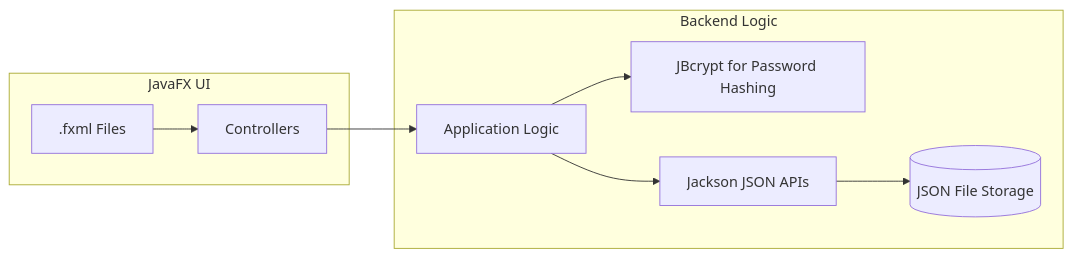
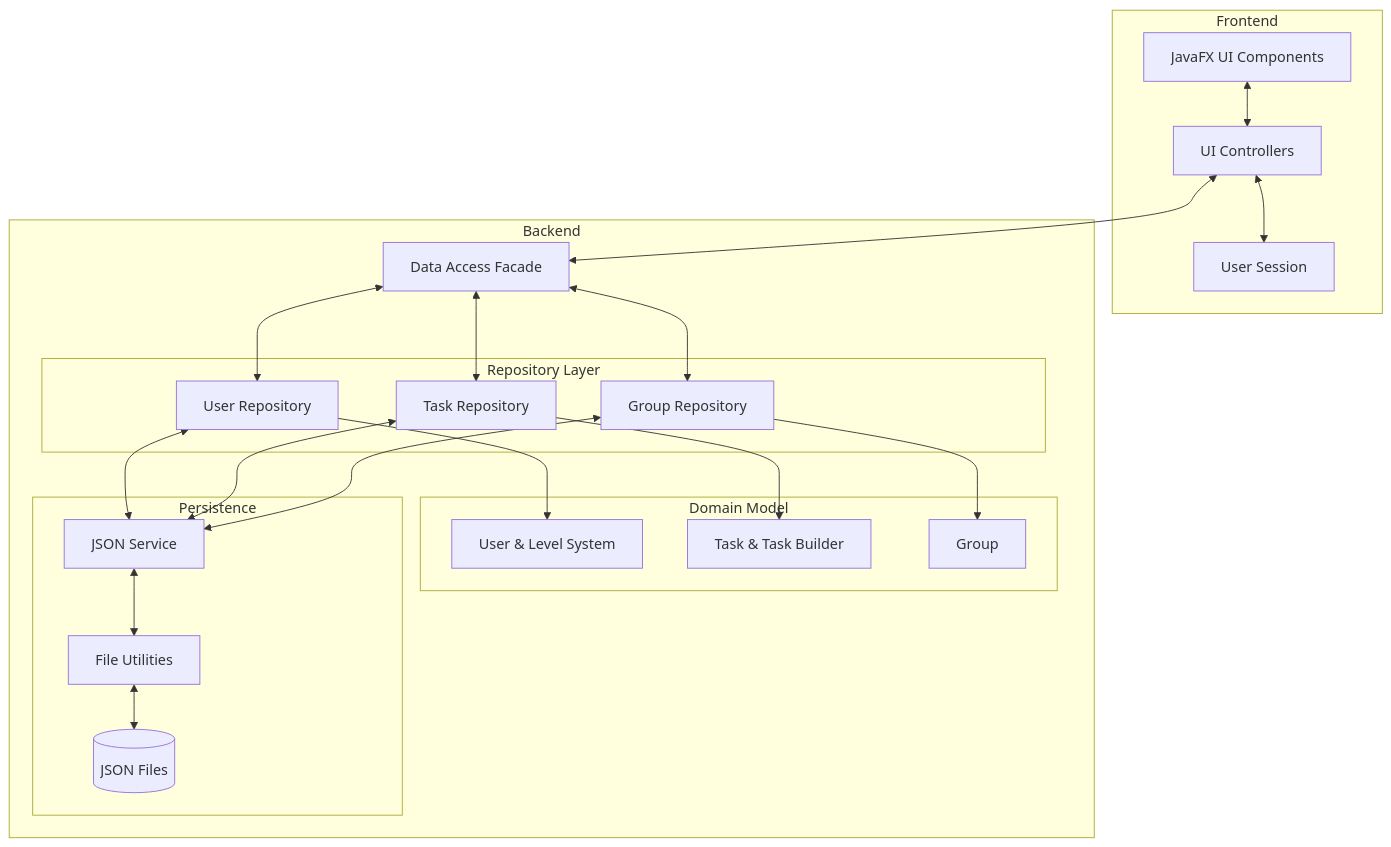
One commit to nheggoe/tiedy changed the diagram in README.md. Above: the diagram before and after it, drawn with Mermaid. The commit also changed other lines of this file, not shown here.

Commit message:
docs(readme): update architecture diagram and refine instructions

````diff
--- a/README.md
+++ b/README.md
@@ -9,20 +9,41 @@
 ```mermaid
-flowchart LR
-    subgraph JavaFX UI
-        FXMLViews[.fxml Files]
-        Controllers[Controllers]
+flowchart TB
+    subgraph Frontend
+        UI[JavaFX UI Components]
+        Controllers[UI Controllers]
+        Session[User Session]
     end
 
-    subgraph Backend Logic
-        Service[Application Logic]
-        JBCrypt[JBcrypt for Password Hashing]
-        Jackson[Jackson JSON APIs]
-        JSONFiles[(JSON File Storage)]
+    subgraph Backend
+        Facade[Data Access Facade]
+
+        subgraph "Repository Layer"
+            UserRepo[User Repository]
+            TaskRepo[Task Repository]
+            GroupRepo[Group Repository]
+        end
+
+        subgraph "Domain Model"
+            User[User & Level System]
+            Task[Task & Task Builder]
+            Group[Group]
+        end
+
+        subgraph "Persistence"
+            JsonService[JSON Service]
+            FileUtil[File Utilities]
+            Storage[(JSON Files)]
+        end
     end
 
-    FXMLViews --> Controllers
-    Controllers --> Service
-    Service --> JBCrypt
-    Service --> Jackson
-    Jackson --> JSONFiles
+    UI <--> Controllers
+    Controllers <--> Session
+    Controllers <--> Facade
+    Facade <--> UserRepo & TaskRepo & GroupRepo
+    UserRepo --> User
+    TaskRepo --> Task
+    GroupRepo --> Group
+    UserRepo & TaskRepo & GroupRepo <--> JsonService
+    JsonService <--> FileUtil
+    FileUtil <--> Storage
 ```
````
